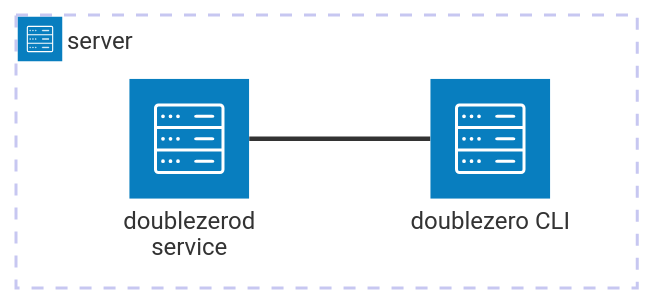
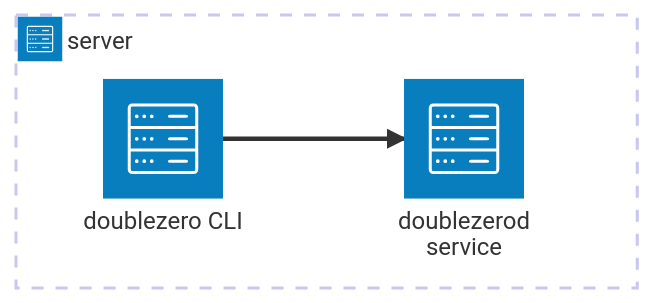
Before and after one commit to malbeclabs/docs: the diagram in docs/faqs.md, drawn with Mermaid. The commit also changed 1 other file, not shown here.

Commit message:
Formatting fixes

````diff
--- a/docs/faqs.md
+++ b/docs/faqs.md
@@ -25,7 +25,7 @@
 ``` mermaid
 architecture-beta
     group api(server)[server]
     service doublezerod(server)[doublezerod service] in api
     service doublezero(server)[doublezero CLI] in api
-    doublezero:L -- R:doublezerod
+    doublezero:R --> L:doublezerod
 ```
````
